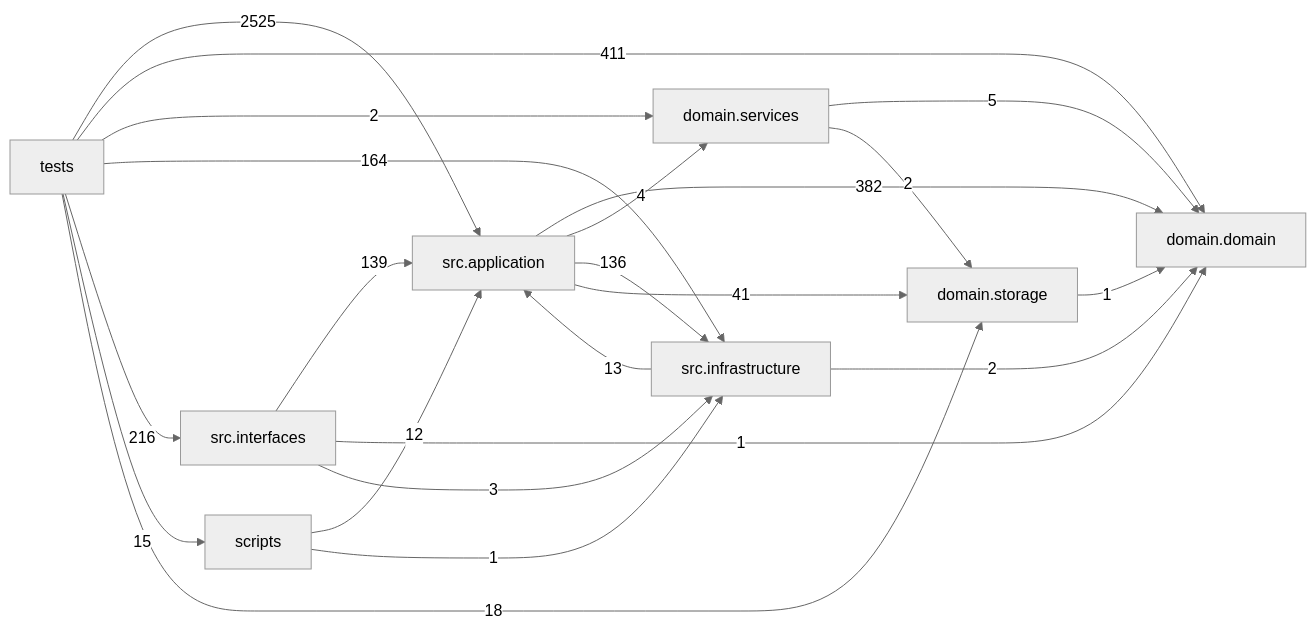
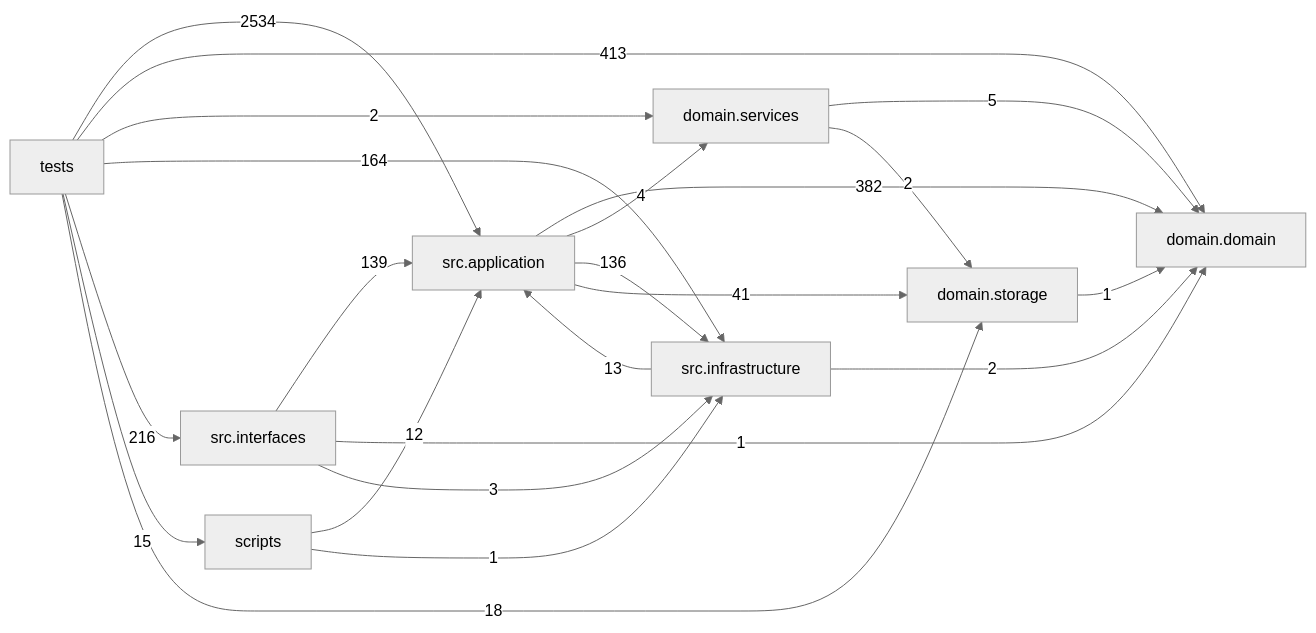
Before and after one commit to liuxie066/options-monitor: the diagram in docs/DEPENDENCY_GRAPH.md, drawn with Mermaid (neutral theme). The commit also changed other lines of this file and 2 other files, not shown here.

````diff
--- a/docs/DEPENDENCY_GRAPH.md
+++ b/docs/DEPENDENCY_GRAPH.md
@@ -24,32 +24,32 @@
 ```mermaid
 flowchart LR
   tests["tests"]
   scripts["scripts"]
   interfaces["src.interfaces"]
   application["src.application"]
   infrastructure["src.infrastructure"]
   domain_services["domain.services"]
   domain["domain.domain"]
   storage["domain.storage"]
   application -->|382| domain
   application -->|4| domain_services
   application -->|136| infrastructure
   application -->|41| storage
   domain_services -->|5| domain
   domain_services -->|2| storage
   infrastructure -->|13| application
   infrastructure -->|2| domain
   interfaces -->|139| application
   interfaces -->|1| domain
   interfaces -->|3| infrastructure
   scripts -->|12| application
   scripts -->|1| infrastructure
   storage -->|1| domain
-  tests -->|2525| application
-  tests -->|411| domain
+  tests -->|2534| application
+  tests -->|413| domain
   tests -->|2| domain_services
   tests -->|164| infrastructure
   tests -->|216| interfaces
   tests -->|15| scripts
   tests -->|18| storage
 ```
````
